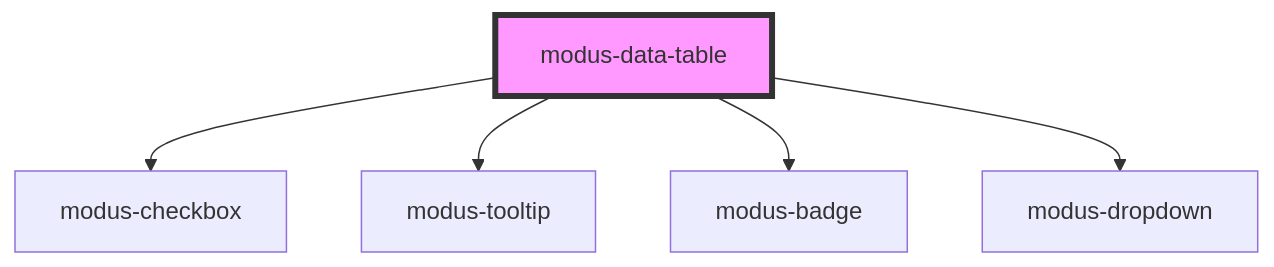
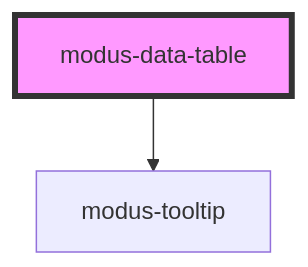
One commit to trimble-oss/modus-web-components changed the diagram in stencil-workspace/src/components/modus-data-table/readme.md. Above: the diagram before and after it, drawn with Mermaid. The commit also changed other lines of this file and 45 other files, not shown here.

Commit message:
Created a new Modus DataTable with Sorting

````diff
--- a/stencil-workspace/src/components/modus-data-table/readme.md
+++ b/stencil-workspace/src/components/modus-data-table/readme.md
@@ -41,8 +34,5 @@
 ```mermaid
 graph TD;
-  modus-data-table --> modus-checkbox
   modus-data-table --> modus-tooltip
-  modus-data-table --> modus-badge
-  modus-data-table --> modus-dropdown
   style modus-data-table fill:#f9f,stroke:#333,stroke-width:4px
 ```
````
